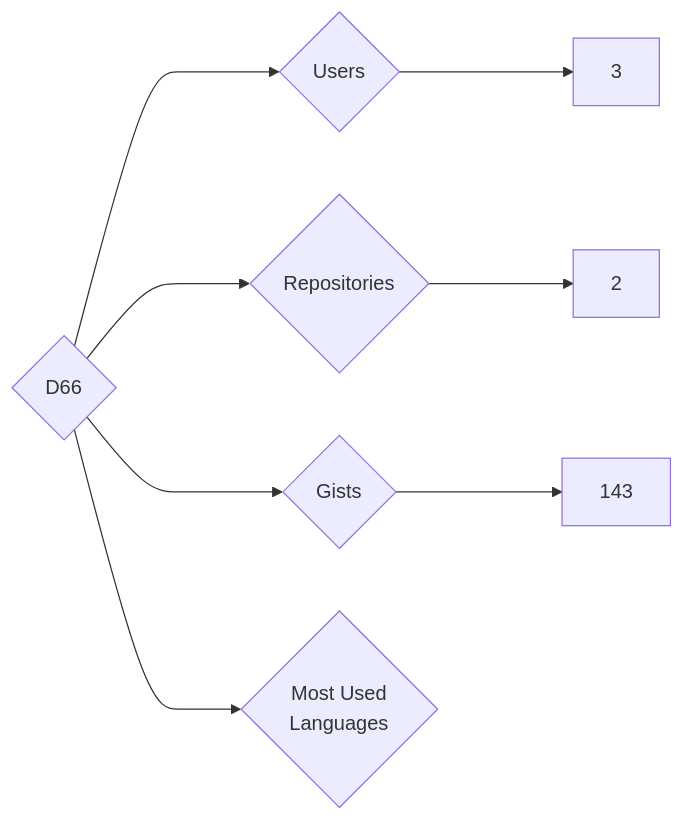
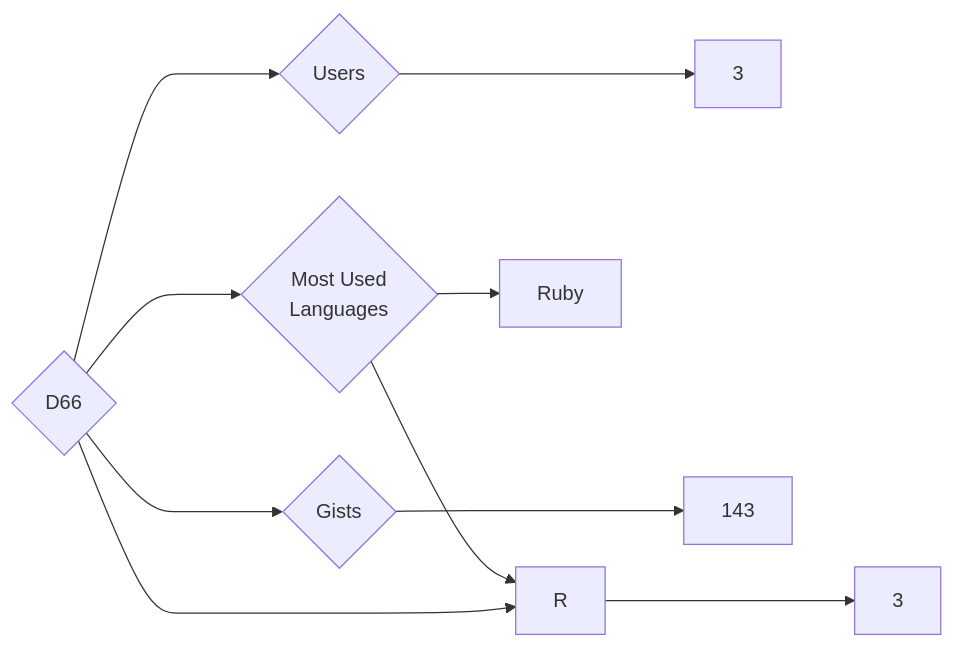
Before and after one commit to trickest/insiders: the diagram in targets/D66/README.md, drawn with Mermaid. The commit also changed 629 other files, not shown here.

````diff
--- a/targets/D66/README.md
+++ b/targets/D66/README.md
@@ -3,8 +3,10 @@
 ```mermaid
 graph LR
 COMPANY_NAME{D66}
 COMPANY_NAME ---> U{Users} ---> UN[3]
-COMPANY_NAME ---> R{Repositories} ---> RN[2]
+COMPANY_NAME ---> R{Repositories} ---> RN[3]
 COMPANY_NAME ---> G{Gists} ---> GN[143]
 COMPANY_NAME ---> ML{Most Used<br>Languages}
+ML --> Ruby[Ruby]
+ML --> R[R]
 ```
````
